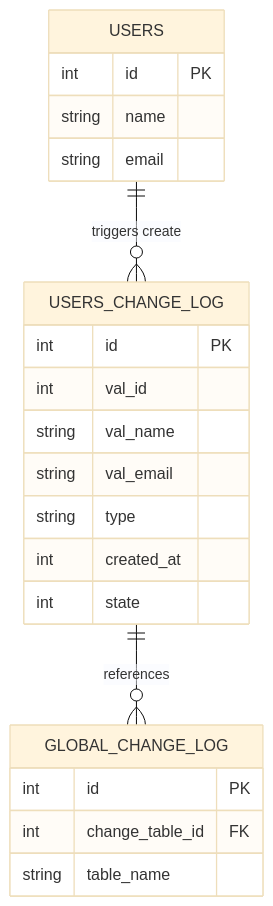
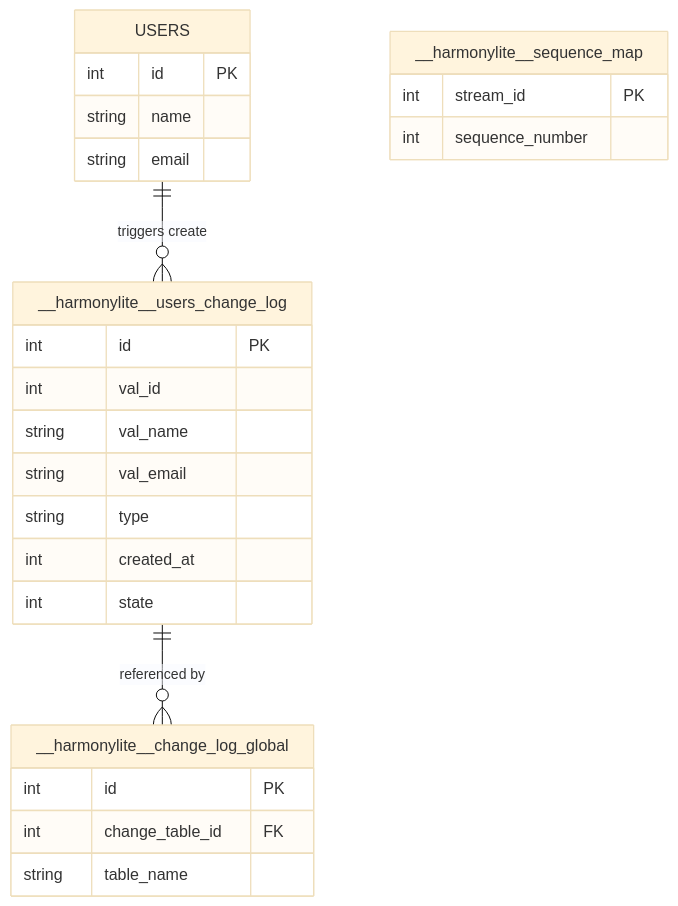
Before and after one commit to wongfei2009/harmonylite: the second of 7 diagrams in docs/docs/architecture.md, drawn with Mermaid (base theme). The commit also changed other lines of this file, not shown here.

Commit message:
docs: improve architecture diagrams

````diff
--- a/docs/docs/architecture.md
+++ b/docs/docs/architecture.md
@@ -76,27 +82,32 @@
 ```mermaid
 erDiagram
     USERS {
         int id PK
         string name
         string email
     }
     
-    GLOBAL_CHANGE_LOG {
+    __harmonylite__change_log_global {
         int id PK
         int change_table_id FK
         string table_name
     }
     
-    USERS_CHANGE_LOG {
+    __harmonylite__users_change_log {
         int id PK
         int val_id
         string val_name
         string val_email
         string type
         int created_at
         int state
     }
+
+    __harmonylite__sequence_map {
+        int stream_id PK
+        int sequence_number
+    }
     
-    USERS ||--o{ USERS_CHANGE_LOG : "triggers create"
-    USERS_CHANGE_LOG ||--o{ GLOBAL_CHANGE_LOG : "references"
+    USERS ||--o{ __harmonylite__users_change_log : "triggers create"
+    __harmonylite__users_change_log ||--o{ __harmonylite__change_log_global : "referenced by"
 ```
````
